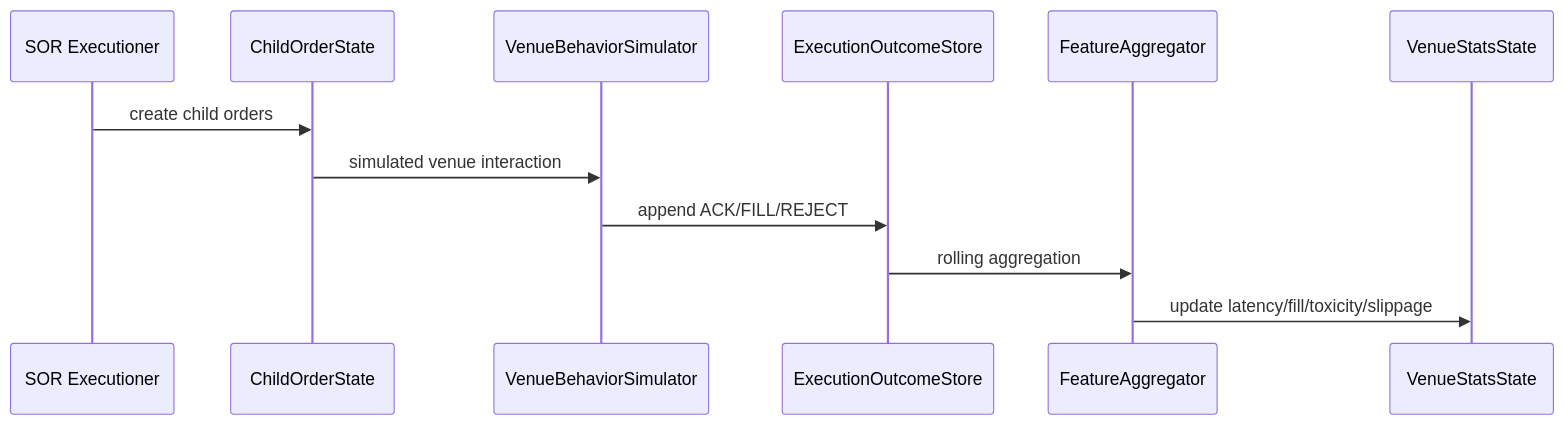
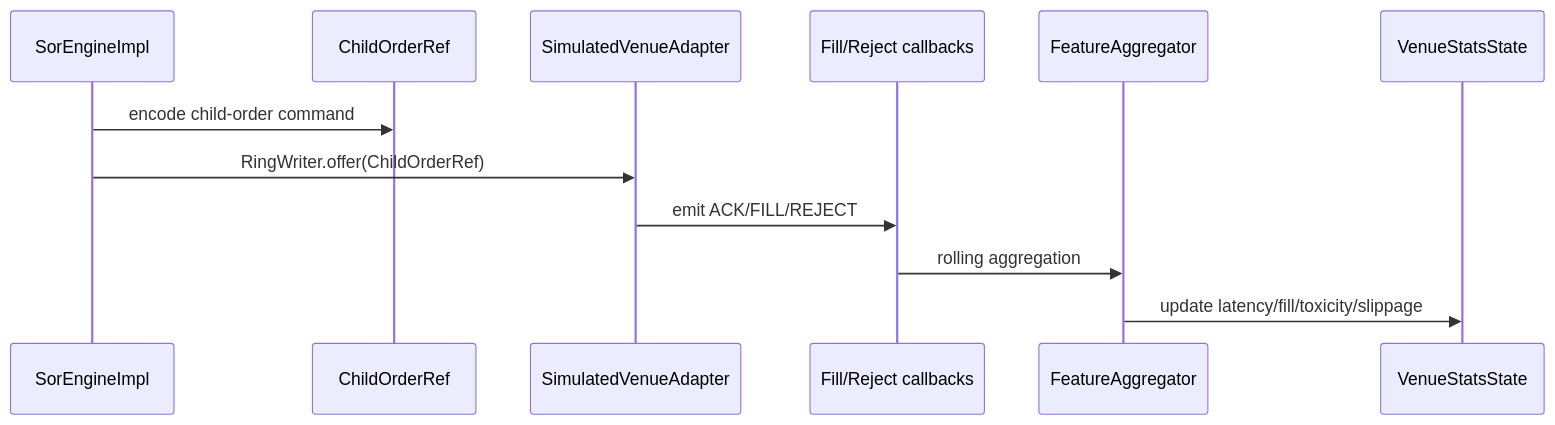
One commit to rueishi/adaptive-quantum-sor changed the eighth of 8 diagrams in docs/SEQUENCE_DIAGRAMS.md. Above: the diagram before and after it, drawn with Mermaid. The commit also changed other lines of this file and 820 other files, not shown here.

````diff
--- a/docs/SEQUENCE_DIAGRAMS.md
+++ b/docs/SEQUENCE_DIAGRAMS.md
@@ -219,15 +230,15 @@
 ```mermaid
 sequenceDiagram
-    participant SOR as SOR Executioner
-    participant Child as ChildOrderState
-    participant Venue as VenueBehaviorSimulator
-    participant Outcomes as ExecutionOutcomeStore
+    participant Engine as SorEngineImpl
+    participant Child as ChildOrderRef
+    participant Venue as SimulatedVenueAdapter
+    participant Outcomes as Fill/Reject callbacks
     participant Stats as FeatureAggregator
     participant Features as VenueStatsState
 
-    SOR->>Child: create child orders
-    Child->>Venue: simulated venue interaction
-    Venue->>Outcomes: append ACK/FILL/REJECT
+    Engine->>Child: encode child-order command
+    Engine->>Venue: RingWriter.offer(ChildOrderRef)
+    Venue->>Outcomes: emit ACK/FILL/REJECT
     Outcomes->>Stats: rolling aggregation
     Stats->>Features: update latency/fill/toxicity/slippage
 ```
````
